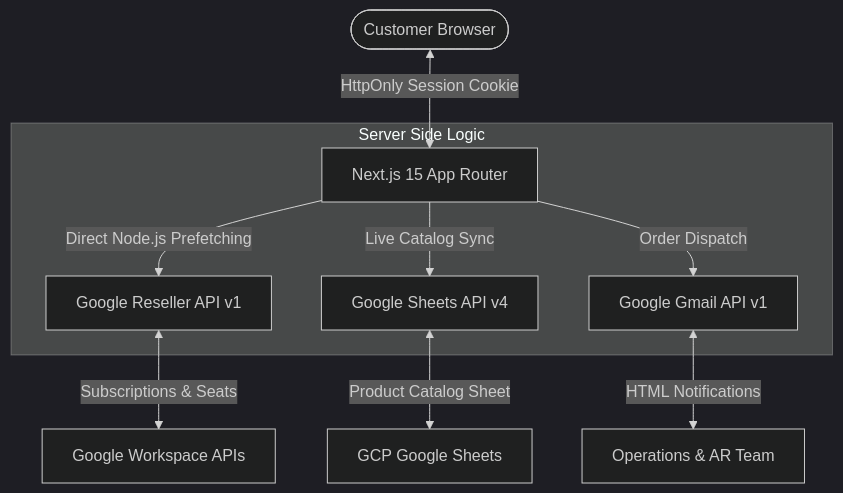
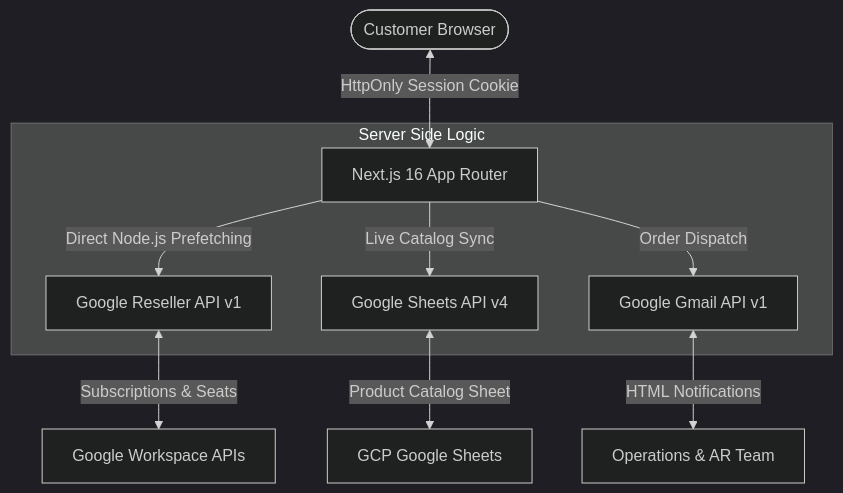
One commit to juanmodito/alsoapp changed the diagram in README.md. Above: the diagram before and after it, drawn with Mermaid (dark theme). The commit also changed other lines of this file, not shown here.

````diff
--- a/README.md
+++ b/README.md
@@ -11,14 +11,14 @@
 ```mermaid
 flowchart TD
-    User([Customer Browser]) <-->|HttpOnly Session Cookie| NextApp[Next.js 15 App Router]
+    User([Customer Browser]) <-->|HttpOnly Session Cookie| NextApp[Next.js 16 App Router]
     
     subgraph Server Side Logic
         NextApp -->|Direct Node.js Prefetching| ResellerSvc[Google Reseller API v1]
         NextApp -->|Live Catalog Sync| SheetsSvc[Google Sheets API v4]
         NextApp -->|Order Dispatch| GmailSvc[Google Gmail API v1]
     end
 
     ResellerSvc <-->|Subscriptions & Seats| GoogleAPI[Google Workspace APIs]
     SheetsSvc <-->|Product Catalog Sheet| GoogleSheets[GCP Google Sheets]
     GmailSvc <-->|HTML Notifications| AdminInbox[Operations & AR Team]
 ```
````
